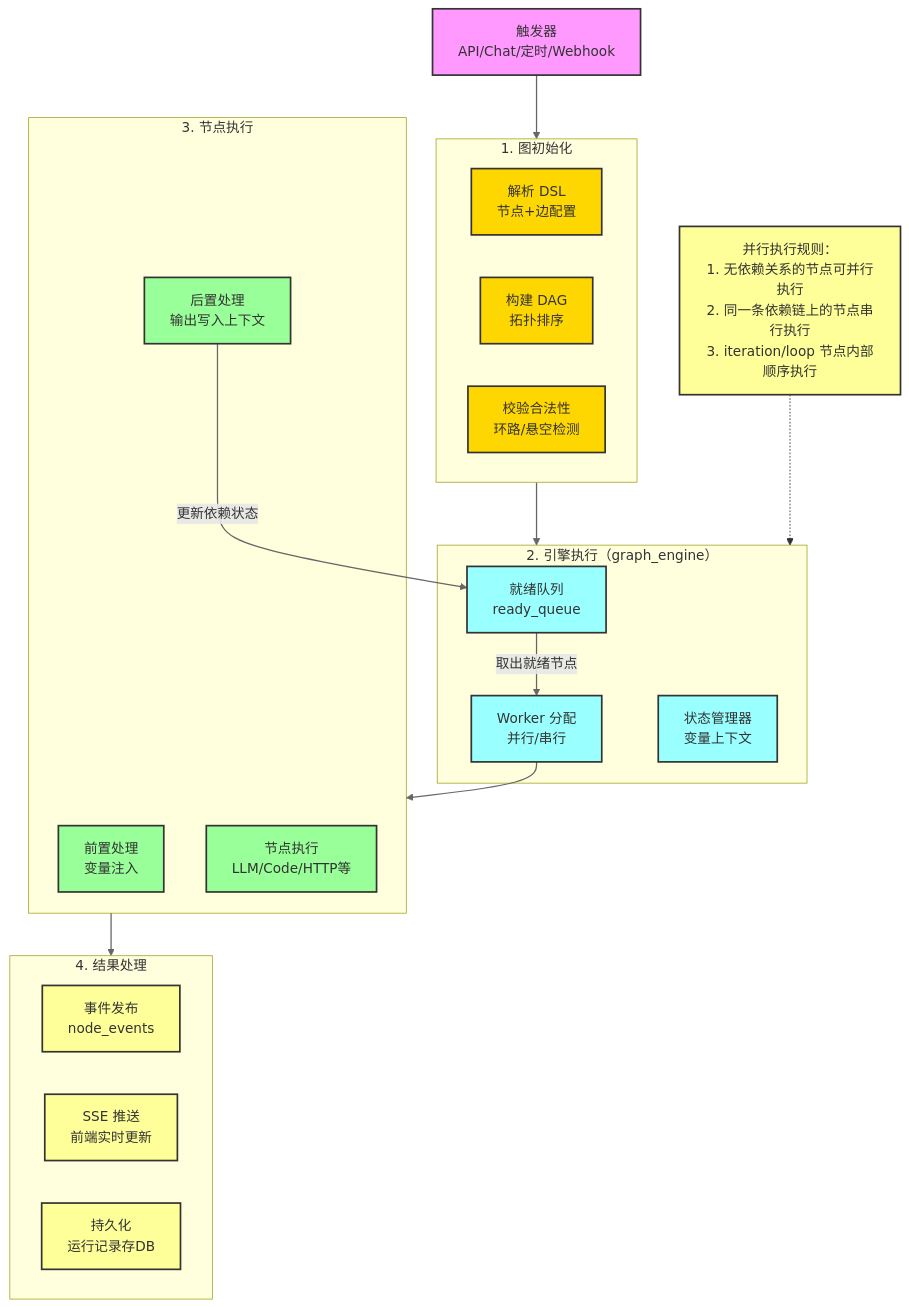
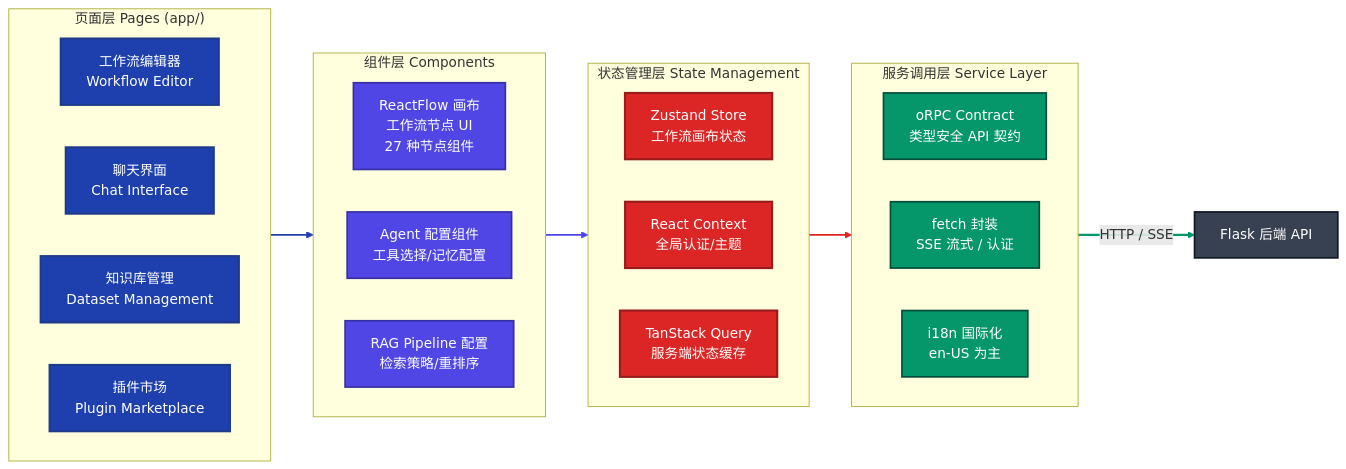
One commit to amuqiao/AI-Engineering-Knowledge-Base changed diagram 11 of 16 in 2.AI 工程/Dify/Dify架构分析文档.md. Above: the diagram before and after it, drawn with Mermaid. The commit also changed other lines of this file and 22 other files, not shown here.

````diff
--- a/2.AI 工程/Dify/Dify架构分析文档.md
+++ b/2.AI 工程/Dify/Dify架构分析文档.md
@@ -514,51 +1019,54 @@
 ```mermaid
-flowchart TB
-    classDef triggerStyle fill:#f9f,stroke:#333,stroke-width:2px
-    classDef graphStyle fill:#ffd700,stroke:#333,stroke-width:2px
-    classDef engineStyle fill:#9ff,stroke:#333,stroke-width:2px
-    classDef nodeStyle fill:#9f9,stroke:#333,stroke-width:2px
-    classDef stateStyle fill:#ff9,stroke:#333,stroke-width:2px
-    classDef subgraphStyle fill:#f5f5f5,stroke:#adb5bd,stroke-width:1px
+flowchart LR
+    %% ── 配色定义 ──────────────────────────────────────────────
+    classDef userStyle     fill:#1e40af,stroke:#1e3a8a,stroke-width:2.5px,color:#fff
+    classDef routeStyle    fill:#4f46e5,stroke:#3730a3,stroke-width:2px,color:#fff
+    classDef coreStyle     fill:#dc2626,stroke:#991b1b,stroke-width:2.5px,color:#fff
+    classDef storeStyle    fill:#059669,stroke:#064e3b,stroke-width:2px,color:#fff
+    classDef dbStyle       fill:#374151,stroke:#111827,stroke-width:2px,color:#fff
+    classDef layerStyle    fill:#f8fafc,stroke:#cbd5e0,stroke-width:1.5px
 
-    Trigger[触发器<br/>API/Chat/定时/Webhook]:::triggerStyle
+    subgraph Pages["页面层 Pages (app/)"]
+        direction LR
+        WF_PAGE["工作流编辑器<br>Workflow Editor"]:::userStyle
+        CHAT_PAGE["聊天界面<br>Chat Interface"]:::userStyle
+        DS_PAGE["知识库管理<br>Dataset Management"]:::userStyle
+        PLUGIN_PAGE["插件市场<br>Plugin Marketplace"]:::userStyle
+    end
+    class Pages layerStyle
 
-    subgraph graphInit["1. 图初始化"]
-        GI1[解析 DSL<br/>节点+边配置]:::graphStyle
-        GI2[构建 DAG<br/>拓扑排序]:::graphStyle
-        GI3[校验合法性<br/>环路/悬空检测]:::graphStyle
+    subgraph Components["组件层 Components"]
+        direction LR
+        WF_COMP["ReactFlow 画布<br>工作流节点 UI<br>27 种节点组件"]:::routeStyle
+        AGENT_COMP["Agent 配置组件<br>工具选择/记忆配置"]:::routeStyle
+        RAG_COMP["RAG Pipeline 配置<br>检索策略/重排序"]:::routeStyle
     end
-    class graphInit subgraphStyle
+    class Components layerStyle
 
-    subgraph engineExec["2. 引擎执行（graph_engine）"]
-        EE1[就绪队列<br/>ready_queue]:::engineStyle
-        EE2[Worker 分配<br/>并行/串行]:::engineStyle
-        EE3[状态管理器<br/>变量上下文]:::engineStyle
+    subgraph State["状态管理层 State Management"]
+        direction LR
+        ZUSTAND["Zustand Store<br>工作流画布状态"]:::coreStyle
+        REACT_CTX["React Context<br>全局认证/主题"]:::coreStyle
+        TQ["TanStack Query<br>服务端状态缓存"]:::coreStyle
     end
-    class engineExec subgraphStyle
+    class State layerStyle
 
-    subgraph nodeExec["3. 节点执行"]
-        NE1[前置处理<br/>变量注入]:::nodeStyle
-        NE2[节点执行<br/>LLM/Code/HTTP等]:::nodeStyle
-        NE3[后置处理<br/>输出写入上下文]:::nodeStyle
+    subgraph ServiceLayer["服务调用层 Service Layer"]
+        direction LR
+        ORPC["oRPC Contract<br>类型安全 API 契约"]:::storeStyle
+        FETCH["fetch 封装<br>SSE 流式 / 认证"]:::storeStyle
+        I18N["i18n 国际化<br>en-US 为主"]:::storeStyle
     end
-    class nodeExec subgraphStyle
+    class ServiceLayer layerStyle
 
-    subgraph resultHandle["4. 结果处理"]
-        RH1[事件发布<br/>node_events]:::stateStyle
-        RH2[SSE 推送<br/>前端实时更新]:::stateStyle
-        RH3[持久化<br/>运行记录存DB]:::stateStyle
-    end
-    class resultHandle subgraphStyle
+    Pages --> Components
+    Components --> State
+    State --> ServiceLayer
+    ServiceLayer -->|"HTTP / SSE"| BACKEND["Flask 后端 API"]:::dbStyle
 
-    Trigger --> graphInit
-    graphInit --> engineExec
-    EE1 -->|取出就绪节点| EE2
-    EE2 --> nodeExec
-    NE3 -->|更新依赖状态| EE1
-    nodeExec --> resultHandle
-
-    Note["并行执行规则：<br/>1. 无依赖关系的节点可并行执行<br/>2. 同一条依赖链上的节点串行执行<br/>3. iteration/loop 节点内部顺序执行"]:::stateStyle
-    Note -.-> engineExec
-
-    linkStyle 0,1,2,3,4,5 stroke:#666,stroke-width:1.5px
+    %% 边索引：0-3，共 4 条
+    linkStyle 0 stroke:#1e40af,stroke-width:2px
+    linkStyle 1 stroke:#4f46e5,stroke-width:2px
+    linkStyle 2 stroke:#dc2626,stroke-width:2px
+    linkStyle 3 stroke:#059669,stroke-width:2.5px
 ```
````
